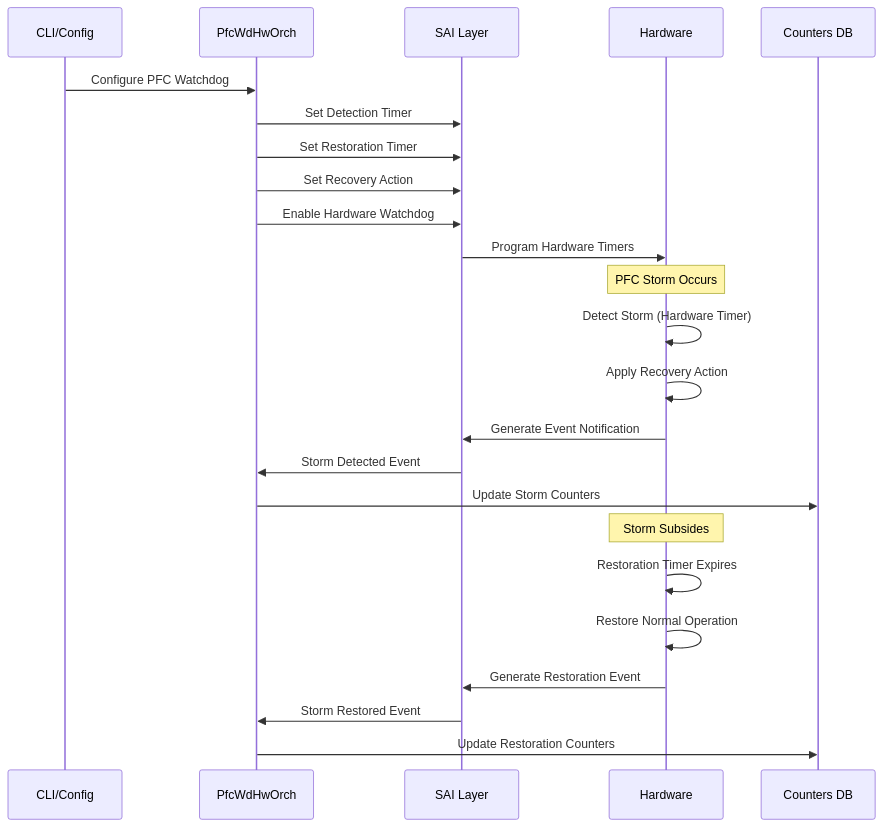
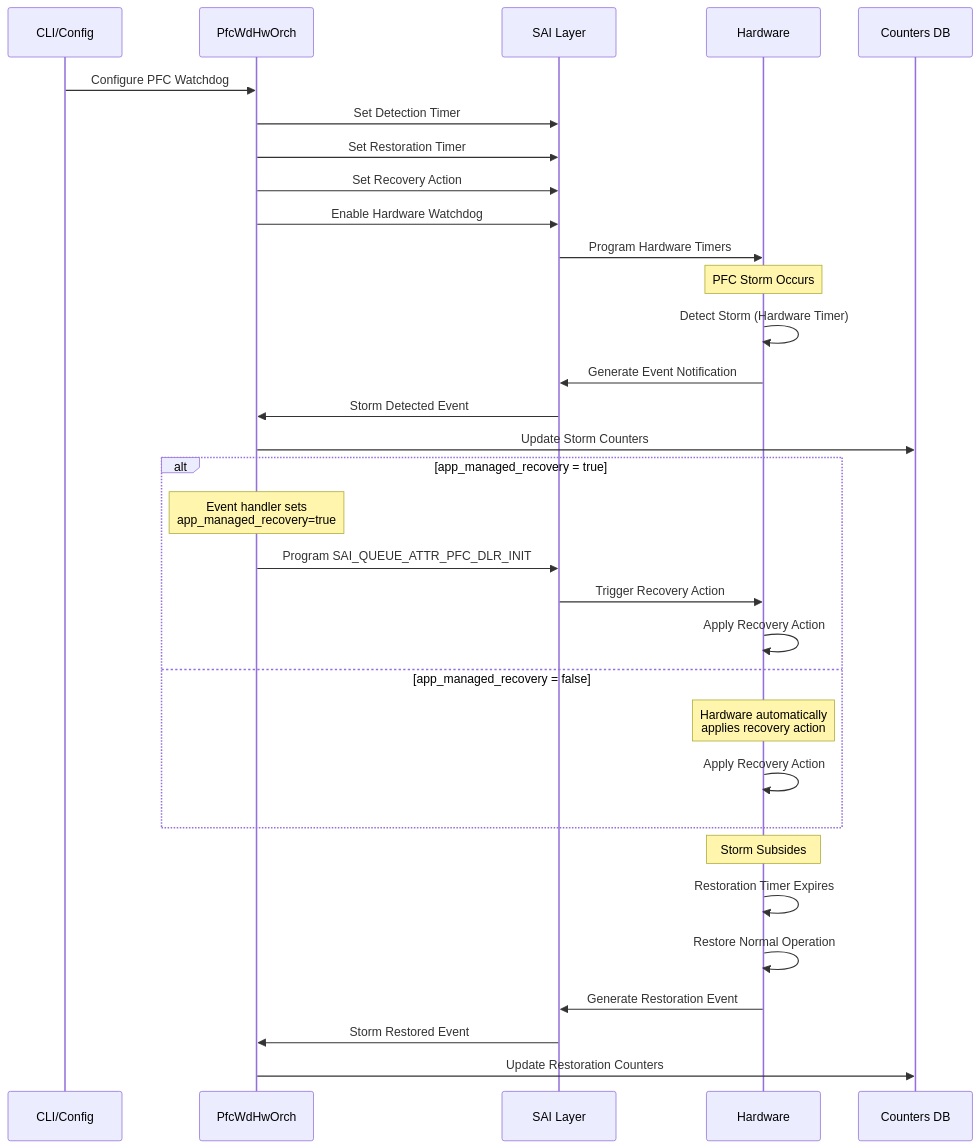
The second of 3 diagrams in doc/pfcwd/pfc_hardware_recovery_hld.md (sonic-net/SONiC), drawn with Mermaid before and after one commit. The commit also changed other lines of this file, not shown here.

First line of the commit message:
Add STATUS column to CLI and update hardware recovery workflow

````diff
--- a/doc/pfcwd/pfc_hardware_recovery_hld.md
+++ b/doc/pfcwd/pfc_hardware_recovery_hld.md
@@ -138,29 +137,38 @@
 ```mermaid
 sequenceDiagram
     participant CLI as CLI/Config
     participant Orch as PfcWdHwOrch
     participant SAI as SAI Layer
     participant HW as Hardware
     participant DB as Counters DB
 
     CLI->>Orch: Configure PFC Watchdog
     Orch->>SAI: Set Detection Timer
     Orch->>SAI: Set Restoration Timer
     Orch->>SAI: Set Recovery Action
     Orch->>SAI: Enable Hardware Watchdog
     SAI->>HW: Program Hardware Timers
 
     Note over HW: PFC Storm Occurs
     HW->>HW: Detect Storm (Hardware Timer)
-    HW->>HW: Apply Recovery Action
     HW->>SAI: Generate Event Notification
     SAI->>Orch: Storm Detected Event
     Orch->>DB: Update Storm Counters
+
+    alt app_managed_recovery = true
+        Note over Orch: Event handler sets<br/>app_managed_recovery=true
+        Orch->>SAI: Program SAI_QUEUE_ATTR_PFC_DLR_INIT
+        SAI->>HW: Trigger Recovery Action
+        HW->>HW: Apply Recovery Action
+    else app_managed_recovery = false
+        Note over HW: Hardware automatically<br/>applies recovery action
+        HW->>HW: Apply Recovery Action
+    end
 
     Note over HW: Storm Subsides
     HW->>HW: Restoration Timer Expires
     HW->>HW: Restore Normal Operation
     HW->>SAI: Generate Restoration Event
     SAI->>Orch: Storm Restored Event
     Orch->>DB: Update Restoration Counters
 ```
````
